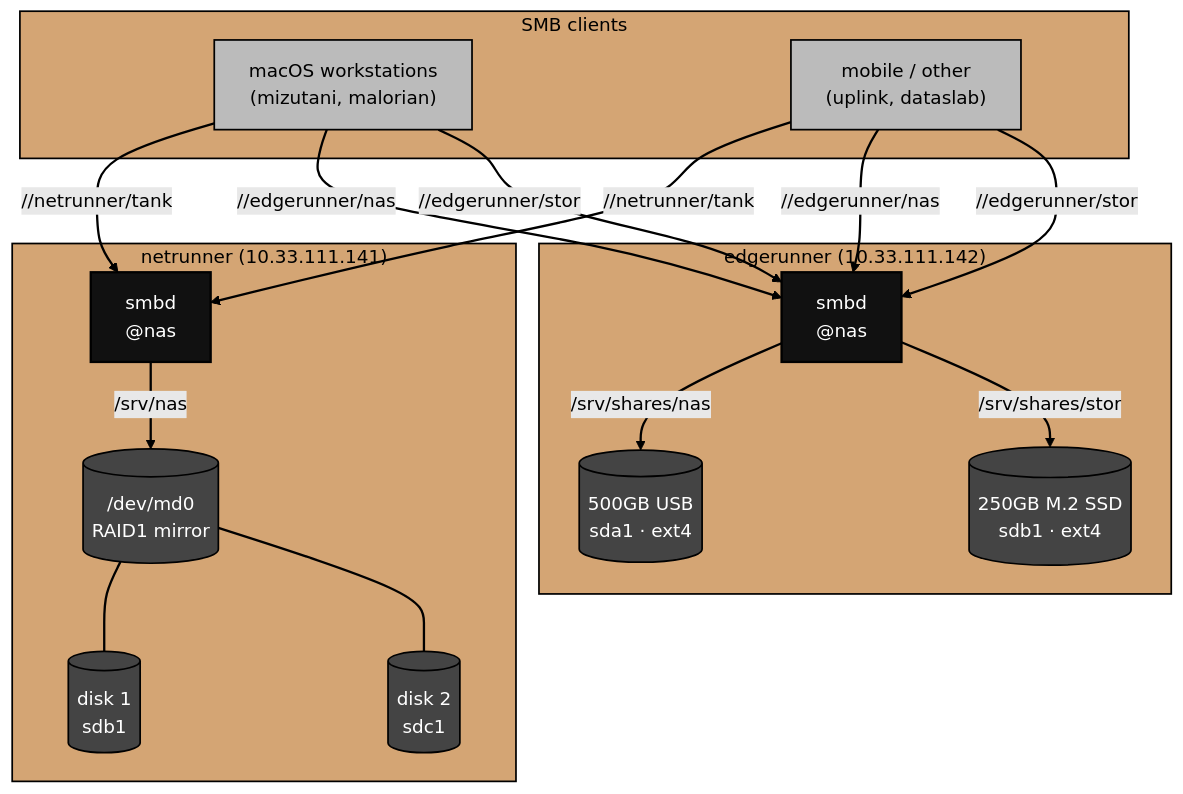
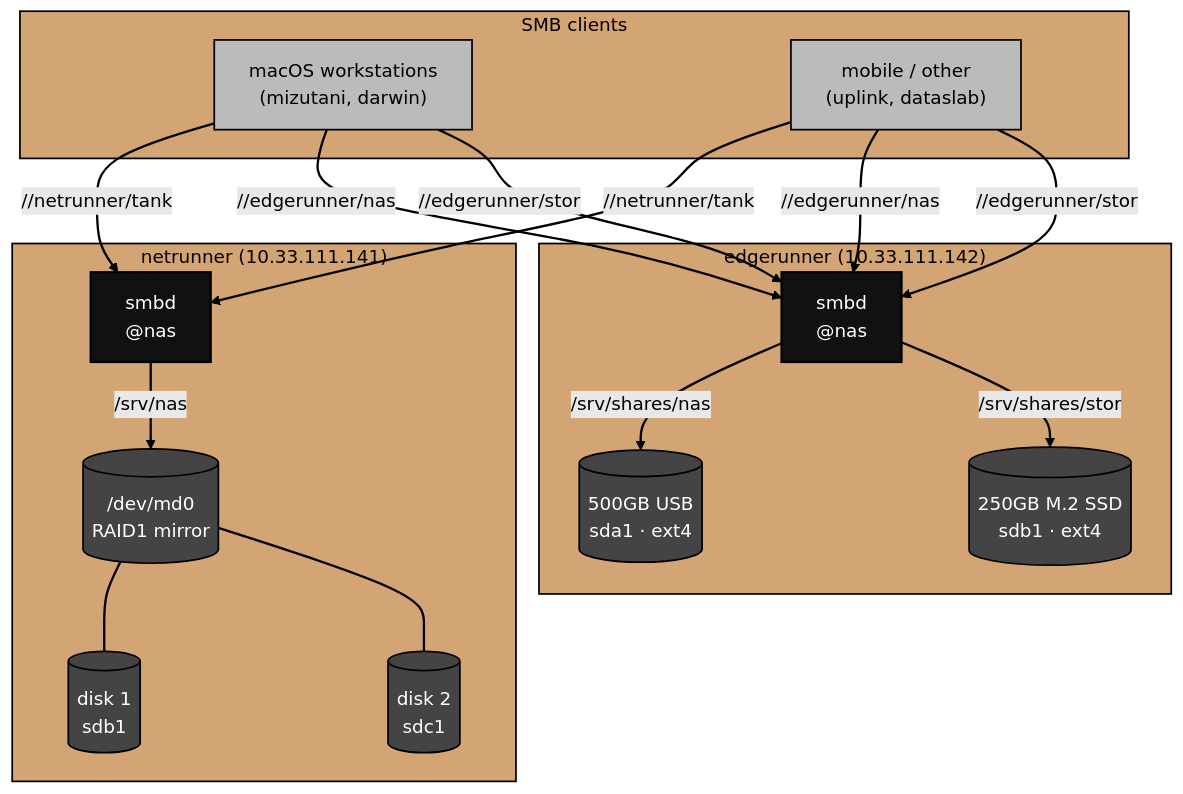
The diagram in nas/docs/architecture.md (arpatek/home.arpa), drawn with Mermaid (forest theme) before and after one commit. The commit also changed 2 other files, not shown here.

Commit message:
docs(repo): point deploy instructions and NAS diagram at darwin
Changes:
- gitea and monitoring architecture docs said to update the repo on silverhand
- nas architecture diagram labelled the macOS workstations as mizutani and malorian

````diff
--- a/nas/docs/architecture.md
+++ b/nas/docs/architecture.md
@@ -24,41 +24,41 @@
 ```mermaid
 flowchart TB
     subgraph CLIENTS["SMB clients"]
-        MAC["macOS workstations\n(mizutani, malorian)"]
+        MAC["macOS workstations\n(mizutani, darwin)"]
         MOBILE["mobile / other\n(uplink, dataslab)"]
     end
 
     subgraph NETRUNNER["netrunner (10.33.111.141)"]
         SMBN["smbd\n@nas"]
         MD0[("/dev/md0\nRAID1 mirror")]
         D1[("disk 1\nsdb1")]
         D2[("disk 2\nsdc1")]
         SMBN -->|/srv/nas| MD0
         MD0 --- D1
         MD0 --- D2
     end
 
     subgraph EDGERUNNER["edgerunner (10.33.111.142)"]
         SMBE["smbd\n@nas"]
         OLD[("500GB USB\nsda1 · ext4")]
         SSD[("250GB M.2 SSD\nsdb1 · ext4")]
         SMBE -->|/srv/shares/nas| OLD
         SMBE -->|/srv/shares/stor| SSD
     end
 
     MAC & MOBILE -->|"//netrunner/tank"| SMBN
     MAC & MOBILE -->|"//edgerunner/nas"| SMBE
     MAC & MOBILE -->|"//edgerunner/stor"| SMBE
 
     linkStyle default stroke:#000000,stroke-width:2px;
 
     classDef core      fill:#111111,stroke:#000000,color:#ffffff,stroke-width:2px;
     classDef db        fill:#444444,stroke:#000000,color:#ffffff,stroke-width:1.5px;
     classDef external  fill:#bbbbbb,stroke:#000000,color:#000000,stroke-width:1.5px;
     classDef hostlabel fill:#d4a574,stroke:#000000,color:#000000,stroke-width:1.5px;
 
     class SMBN,SMBE core;
     class MD0,D1,D2,OLD,SSD db;
     class MAC,MOBILE external;
     class CLIENTS,NETRUNNER,EDGERUNNER hostlabel;
 ```
````
